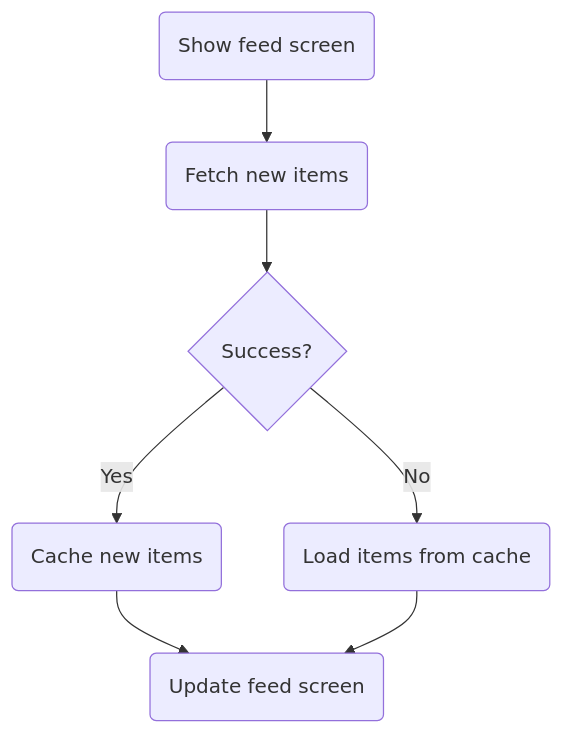
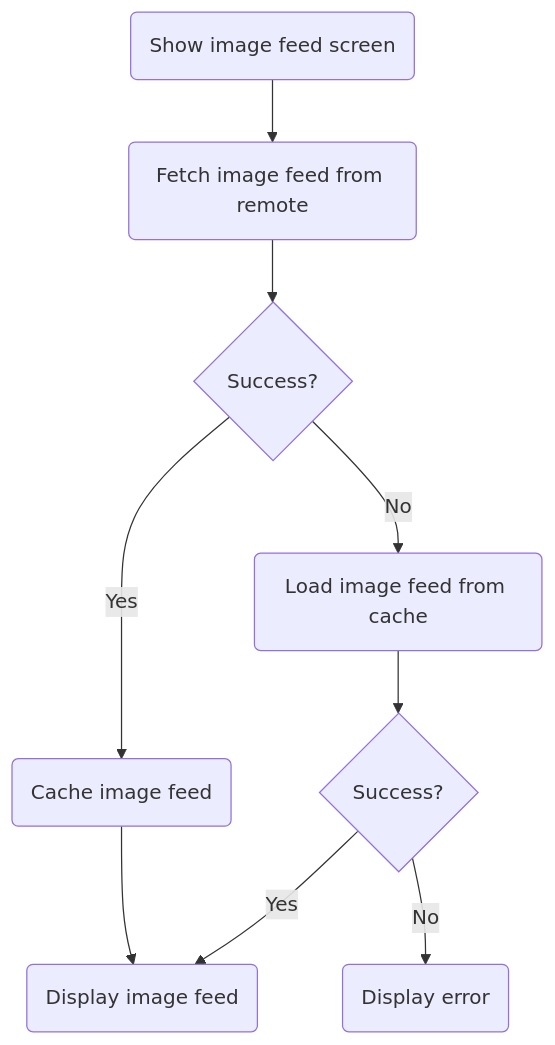
The first of 2 diagrams in README.md (bpoplauschi/EssentialFeed), drawn with Mermaid before and after one commit. The commit also changed other lines of this file and 11 other files, not shown here.

````diff
--- a/README.md
+++ b/README.md
@@ -85,15 +85,19 @@
 ```mermaid
 graph TD
-  show(Show feed screen)
-  fetch(Fetch new items)
+  show(Show image feed screen)
+  fetch(Fetch image feed from remote)
   success{Success?}
-  cache(Cache new items)
-  load(Load items from cache)
-  update(Update feed screen)
+  cache(Cache image feed)
+  display(Display image feed)
+  load(Load image feed from cache)
+  success2{Success?}
+  displayError(Display error)
   show-->fetch
   fetch-->success
   success-->|Yes|cache
   success-->|No|load
-  cache-->update
-  load-->update
+  cache-->display
+  load-->success2
+  success2-->|Yes|display
+  success2-->|No|displayError
 ```
````
